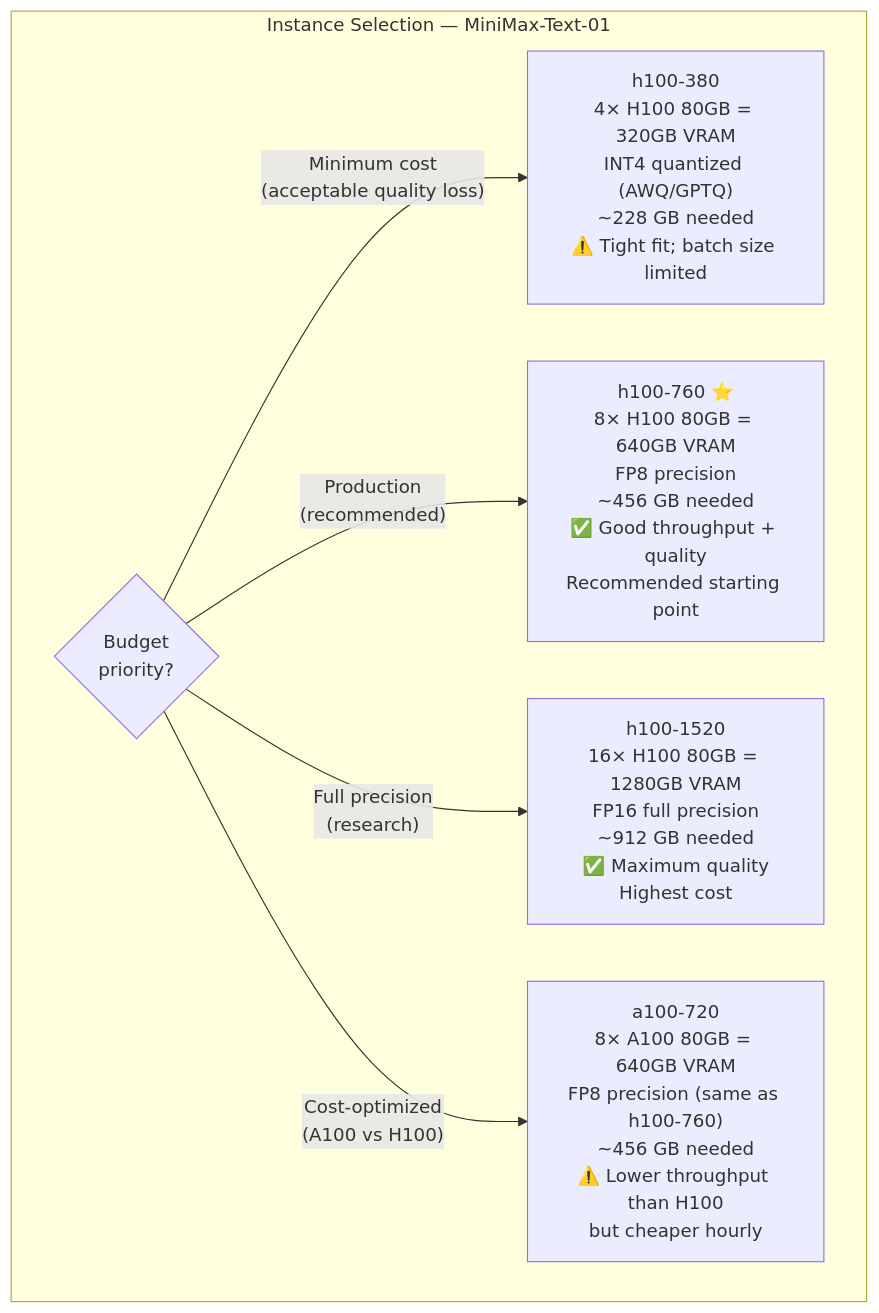
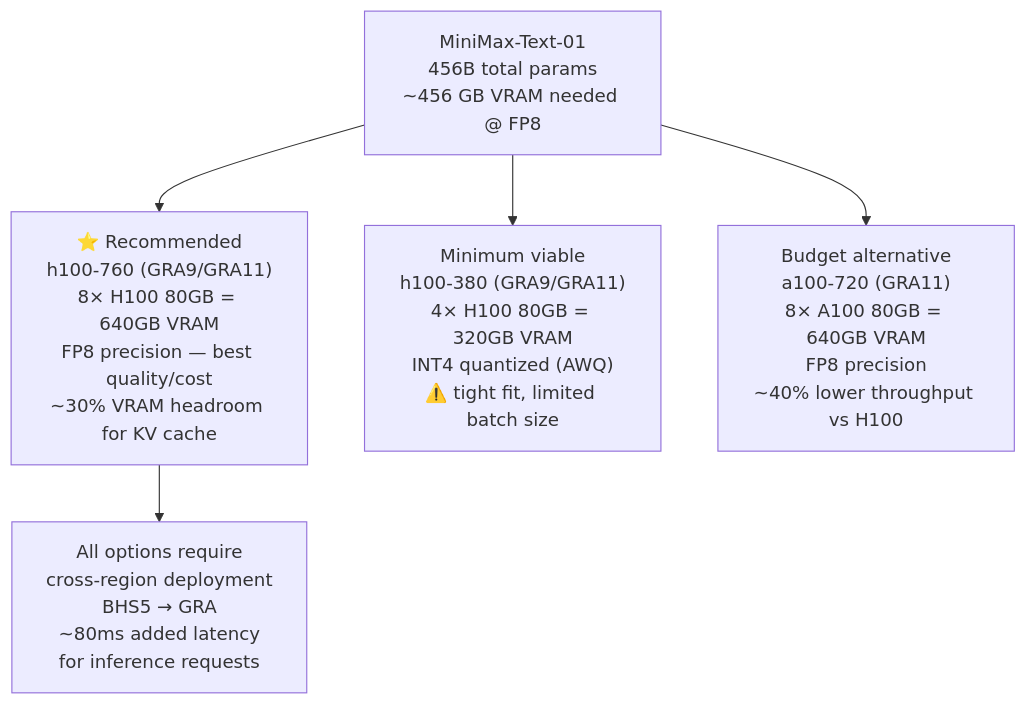
Before and after one commit to 5dlabs/documentation: the third of 3 diagrams in gpu-capacity-planning.md, drawn with Mermaid. The commit also changed other lines of this file and 3 other files, not shown here.

````diff
--- a/gpu-capacity-planning.md
+++ b/gpu-capacity-planning.md
@@ -97,19 +114,16 @@
 ```mermaid
 flowchart TB
-    subgraph DECISION["Instance Selection — MiniMax-Text-01"]
-        BUDGET{"Budget\npriority?"}
+    REQ["MiniMax-Text-01\n456B total params\n~456 GB VRAM needed @ FP8"]
 
-        BUDGET -->|"Minimum cost\n(acceptable quality loss)"| H380_REC
-        BUDGET -->|"Production\n(recommended)"| H760_REC
-        BUDGET -->|"Full precision\n(research)"| H1520_REC
-        BUDGET -->|"Cost-optimized\n(A100 vs H100)"| A720_REC
+    REQ --> TIER1
+    REQ --> TIER2
+    REQ --> TIER3
 
-        H380_REC["h100-380\n4× H100 80GB = 320GB VRAM\nINT4 quantized (AWQ/GPTQ)\n~228 GB needed\n⚠️ Tight fit; batch size limited"]
+    TIER1["⭐ Recommended\nh100-760 (GRA9/GRA11)\n8× H100 80GB = 640GB VRAM\nFP8 precision — best quality/cost\n~30% VRAM headroom for KV cache"]
 
-        H760_REC["h100-760 ⭐\n8× H100 80GB = 640GB VRAM\nFP8 precision\n~456 GB needed\n✅ Good throughput + quality\nRecommended starting point"]
+    TIER2["Minimum viable\nh100-380 (GRA9/GRA11)\n4× H100 80GB = 320GB VRAM\nINT4 quantized (AWQ)\n⚠️ tight fit, limited batch size"]
 
-        H1520_REC["h100-1520\n16× H100 80GB = 1280GB VRAM\nFP16 full precision\n~912 GB needed\n✅ Maximum quality\nHighest cost"]
+    TIER3["Budget alternative\na100-720 (GRA11)\n8× A100 80GB = 640GB VRAM\nFP8 precision\n~40% lower throughput vs H100"]
 
-        A720_REC["a100-720\n8× A100 80GB = 640GB VRAM\nFP8 precision (same as h100-760)\n~456 GB needed\n⚠️ Lower throughput than H100\nbut cheaper hourly"]
-    end
+    TIER1 --> NOTE["All options require\ncross-region deployment\nBHS5 → GRA\n~80ms added latency\nfor inference requests"]
 ```
````
